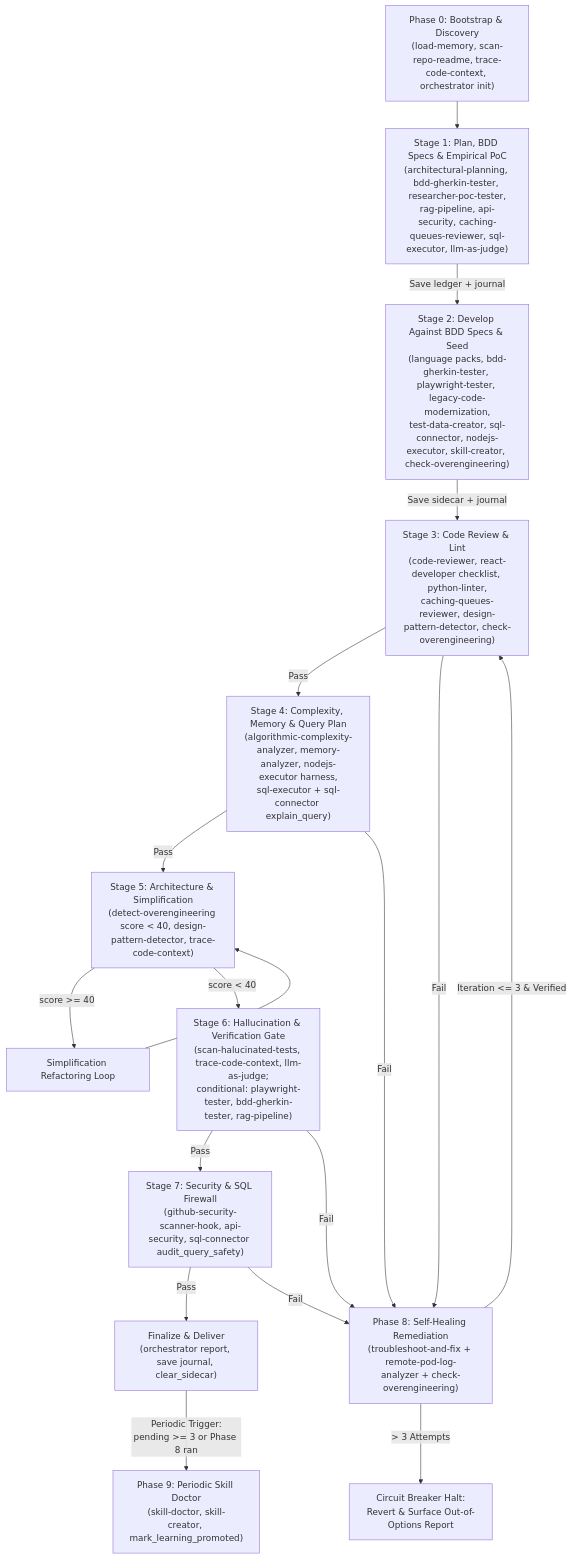
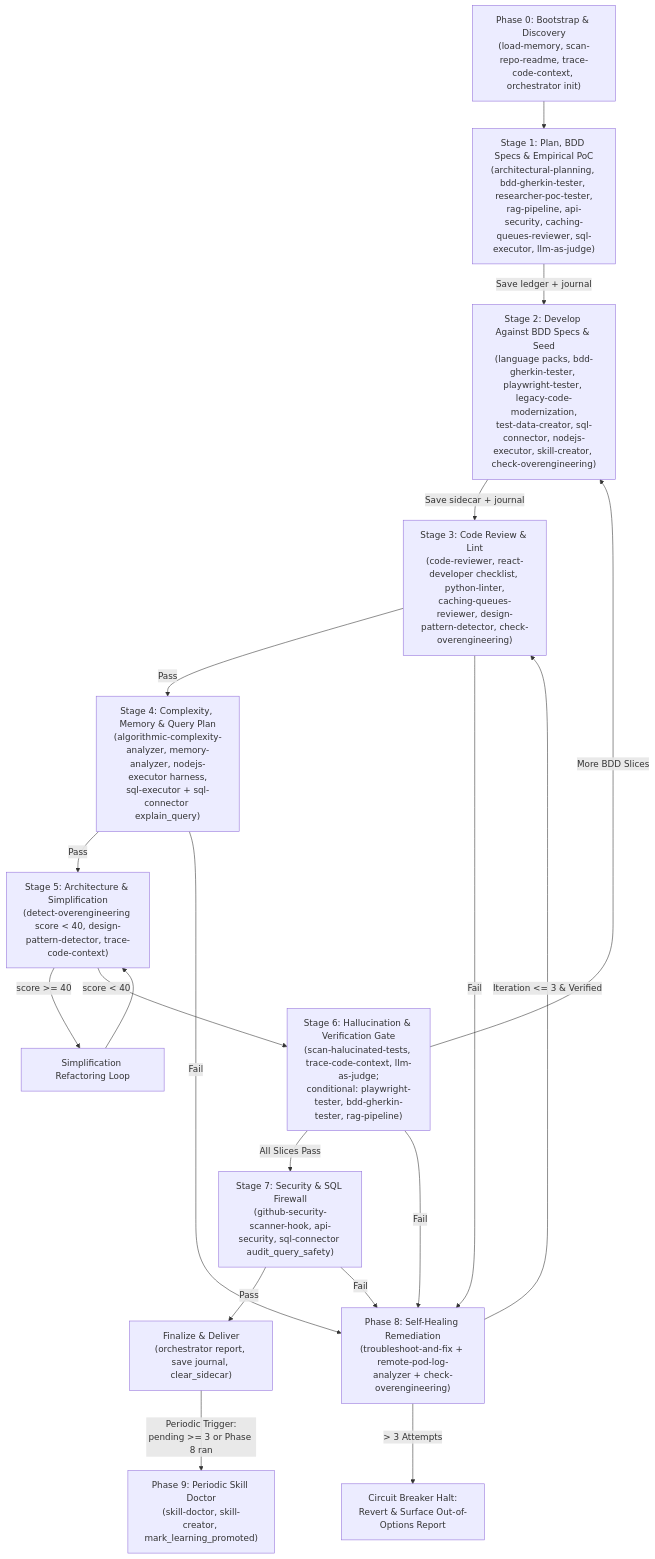
The diagram in .github/agents/software-factory-agent.md (nainishshafi/developer-productivity-skills), drawn with Mermaid before and after one commit. The commit also changed other lines of this file and 2 other files, not shown here.

Commit message:
feat(orchestrator): add BDD feature-slice inner loop

````diff
--- a/.github/agents/software-factory-agent.md
+++ b/.github/agents/software-factory-agent.md
@@ -42,23 +42,24 @@
 ```mermaid
 flowchart TD
     B["Phase 0: Bootstrap & Discovery<br/>(load-memory, scan-repo-readme, trace-code-context, orchestrator init)"] --> S1
     S1["Stage 1: Plan, BDD Specs & Empirical PoC<br/>(architectural-planning, bdd-gherkin-tester, researcher-poc-tester,<br/>rag-pipeline, api-security, caching-queues-reviewer, sql-executor, llm-as-judge)"] -->|Save ledger + journal| S2
     S2["Stage 2: Develop Against BDD Specs & Seed<br/>(language packs, bdd-gherkin-tester, playwright-tester, legacy-code-modernization,<br/>test-data-creator, sql-connector, nodejs-executor, skill-creator, check-overengineering)"] -->|Save sidecar + journal| S3
     S3["Stage 3: Code Review & Lint<br/>(code-reviewer, react-developer checklist, python-linter,<br/>caching-queues-reviewer, design-pattern-detector, check-overengineering)"] -->|Pass| S4
     S4["Stage 4: Complexity, Memory & Query Plan<br/>(algorithmic-complexity-analyzer, memory-analyzer, nodejs-executor harness,<br/>sql-executor + sql-connector explain_query)"] -->|Pass| S5
     S5["Stage 5: Architecture & Simplification<br/>(detect-overengineering score < 40, design-pattern-detector, trace-code-context)"] -->|score >= 40| S5_Loop["Simplification Refactoring Loop"]
     S5_Loop --> S5
     S5 -->|score < 40| S6
-    S6["Stage 6: Hallucination & Verification Gate<br/>(scan-halucinated-tests, trace-code-context, llm-as-judge;<br/>conditional: playwright-tester, bdd-gherkin-tester, rag-pipeline)"] -->|Pass| S7
+    S6["Stage 6: Hallucination & Verification Gate<br/>(scan-halucinated-tests, trace-code-context, llm-as-judge;<br/>conditional: playwright-tester, bdd-gherkin-tester, rag-pipeline)"] -->|More BDD Slices| S2
+    S6 -->|All Slices Pass| S7
     S7["Stage 7: Security & SQL Firewall<br/>(github-security-scanner-hook, api-security, sql-connector audit_query_safety)"] -->|Pass| F
 
     S3 -->|Fail| R
     S4 -->|Fail| R
     S6 -->|Fail| R
     S7 -->|Fail| R
 
     R["Phase 8: Self-Healing Remediation<br/>(troubleshoot-and-fix + remote-pod-log-analyzer + check-overengineering)"] -->|"Iteration <= 3 & Verified"| S3
     R -->|"> 3 Attempts"| CB["Circuit Breaker Halt:<br/>Revert & Surface Out-of-Options Report"]
 
     F["Finalize & Deliver<br/>(orchestrator report, save journal, clear_sidecar)"] -->|"Periodic Trigger:<br/>pending >= 3 or Phase 8 ran"| SD["Phase 9: Periodic Skill Doctor<br/>(skill-doctor, skill-creator, mark_learning_promoted)"]
 ```
````
